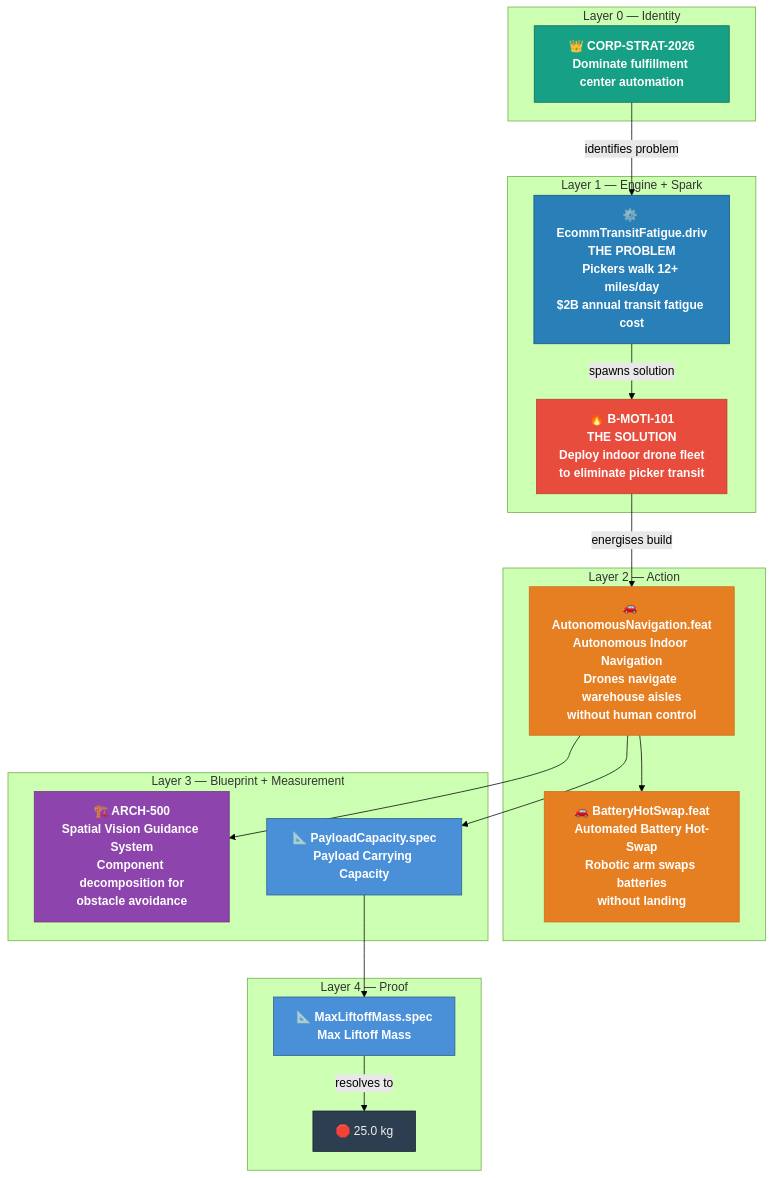
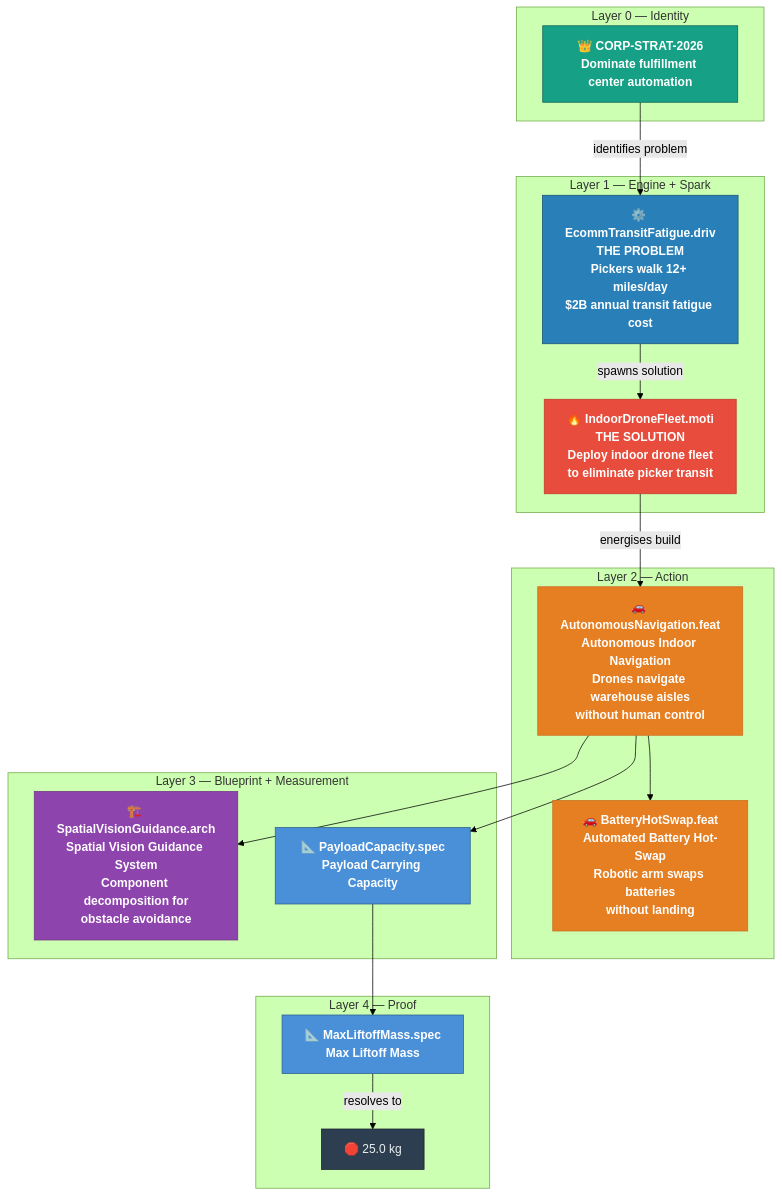
Before and after one commit to hanasaki/hanaden-bwrap-enhanced: the third of 5 diagrams in docs/doc-templates/20260816-140252-321141-01a0-0ae1-e82170a79586-SdlcHierarchyOverview.tmpl-0.0.1.md, drawn with Mermaid (forest theme). The commit also changed 6 other files, not shown here.

````diff
--- a/docs/doc-templates/20260816-140252-321141-01a0-0ae1-e82170a79586-SdlcHierarchyOverview.tmpl-0.0.1.md
+++ b/docs/doc-templates/20260816-140252-321141-01a0-0ae1-e82170a79586-SdlcHierarchyOverview.tmpl-0.0.1.md
@@ -181,43 +181,43 @@
 ```mermaid
 flowchart TD
     subgraph "Layer 0 — Identity"
         CS["👑 CORP-STRAT-2026<br/><b>Dominate fulfillment center automation</b>"]:::l0
     end
 
     subgraph "Layer 1 — Engine + Spark"
         BD["⚙️ EcommTransitFatigue.driv<br/><b>THE PROBLEM</b><br/>Pickers walk 12+ miles/day<br/>$2B annual transit fatigue cost"]:::driv
-        BM["🔥 B-MOTI-101<br/><b>THE SOLUTION</b><br/>Deploy indoor drone fleet<br/>to eliminate picker transit"]:::moti
+        BM["🔥 IndoorDroneFleet.moti<br/><b>THE SOLUTION</b><br/>Deploy indoor drone fleet<br/>to eliminate picker transit"]:::moti
     end
 
     subgraph "Layer 2 — Action"
         F300["🚗 AutonomousNavigation.feat<br/><b>Autonomous Indoor Navigation</b><br/>Drones navigate warehouse aisles<br/>without human control"]:::feat
         F300A["🚗 BatteryHotSwap.feat<br/><b>Automated Battery Hot-Swap</b><br/>Robotic arm swaps batteries<br/>without landing"]:::feat
     end
 
     subgraph "Layer 3 — Blueprint + Measurement"
-        A500["🏗️ ARCH-500<br/><b>Spatial Vision Guidance System</b><br/>Component decomposition for<br/>obstacle avoidance"]:::arch
+        A500["🏗️ SpatialVisionGuidance.arch<br/><b>Spatial Vision Guidance System</b><br/>Component decomposition for<br/>obstacle avoidance"]:::arch
         SP400["📐 PayloadCapacity.spec<br/><b>Payload Carrying Capacity</b>"]:::spec
     end
 
     subgraph "Layer 4 — Proof"
         SP400A["📐 MaxLiftoffMass.spec<br/><b>Max Liftoff Mass</b>"]:::spec
         LEAF["🛑 25.0 kg"]:::leaf
     end
 
     CS -->|"identifies problem"| BD
     BD -->|"spawns solution"| BM
     BM -->|"energises build"| F300
     F300 --> F300A
     F300 --> A500
     F300 --> SP400
     SP400 --> SP400A
     SP400A -->|"resolves to"| LEAF
 
     classDef l0   fill:#16a085,stroke:#0e6655,color:#fff,font-weight:bold
     classDef driv fill:#2980b9,stroke:#1a5276,color:#fff,font-weight:bold
     classDef moti fill:#e74c3c,stroke:#c0392b,color:#fff,font-weight:bold
     classDef feat fill:#e67e22,stroke:#ca6f1e,color:#fff,font-weight:bold
     classDef arch fill:#8e44ad,stroke:#6c3483,color:#fff,font-weight:bold
     classDef spec fill:#4a90d9,stroke:#2c5f8a,color:#fff,font-weight:bold
     classDef leaf fill:#2c3e50,stroke:#1a252f,color:#ecf0f1
 ```
````
